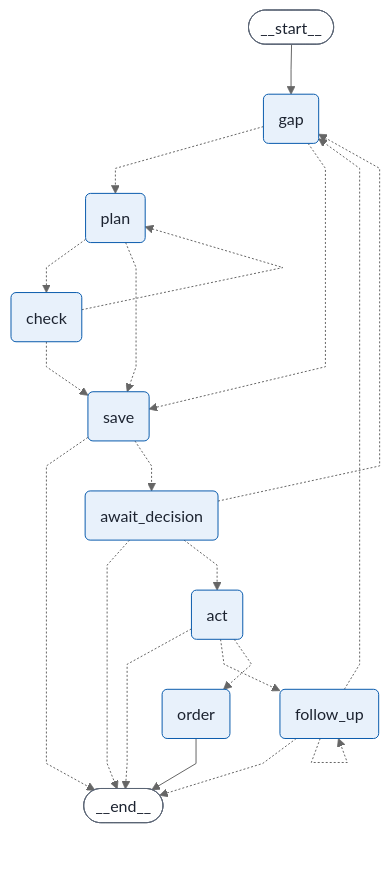
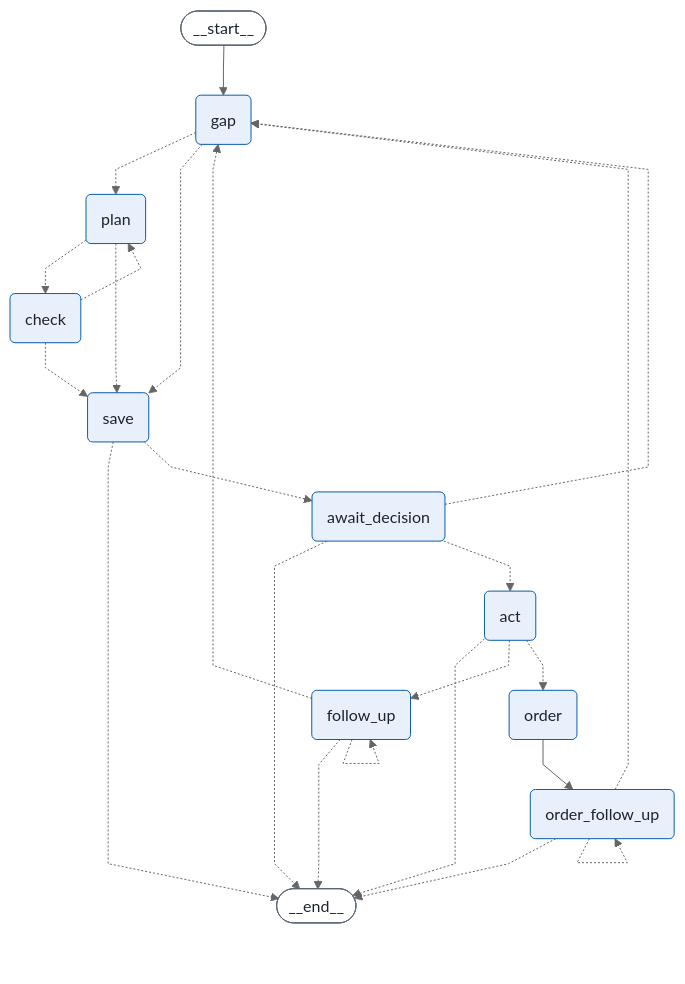
One commit to anshdeepbhachoo/drug-shortage-response-platform changed the first of 3 diagrams in README.md. Above: the diagram before and after it, drawn with Mermaid (neutral theme). The commit also changed other lines of this file and 1 other file, not shown here.

````diff
--- a/README.md
+++ b/README.md
@@ -62,40 +77,44 @@
 ```mermaid
 ---
 config:
   flowchart:
     curve: linear
 ---
 graph TD;
 	__start__([<p>__start__</p>]):::first
 	gap(gap)
 	plan(plan)
 	check(check)
 	save(save)
 	await_decision(await_decision)
 	act(act)
 	order(order)
 	follow_up(follow_up)
+	order_follow_up(order_follow_up)
 	__end__([<p>__end__</p>]):::last
 	__start__ --> gap;
 	act -.-> __end__;
 	act -.-> follow_up;
 	act -.-> order;
 	await_decision -.-> __end__;
 	await_decision -.-> act;
 	await_decision -.-> gap;
 	check -.-> plan;
 	check -.-> save;
 	follow_up -.-> __end__;
 	follow_up -.-> gap;
 	gap -.-> plan;
 	gap -.-> save;
+	order --> order_follow_up;
+	order_follow_up -.-> __end__;
+	order_follow_up -.-> gap;
 	plan -.-> check;
 	plan -.-> save;
 	save -.-> __end__;
 	save -.-> await_decision;
-	order --> __end__;
 	follow_up -.-> follow_up;
+	order_follow_up -.-> order_follow_up;
 	classDef default fill:#e8f1fb,stroke:#0b5cad,stroke-width:1px,color:#1c2330,line-height:1.2
 	classDef first fill:#ffffff,stroke:#5b6575,color:#1c2330
 	classDef last fill:#ffffff,stroke:#5b6575,color:#1c2330
 ```
````
